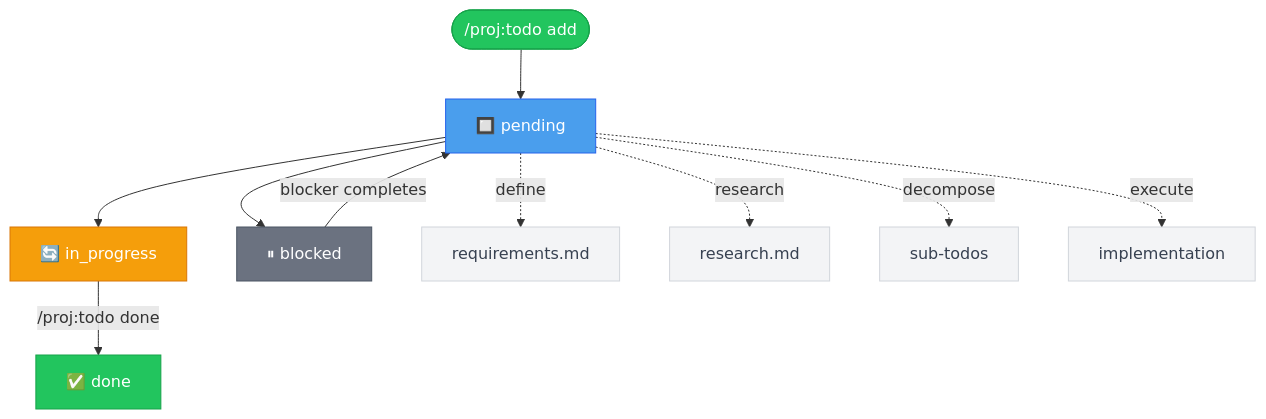
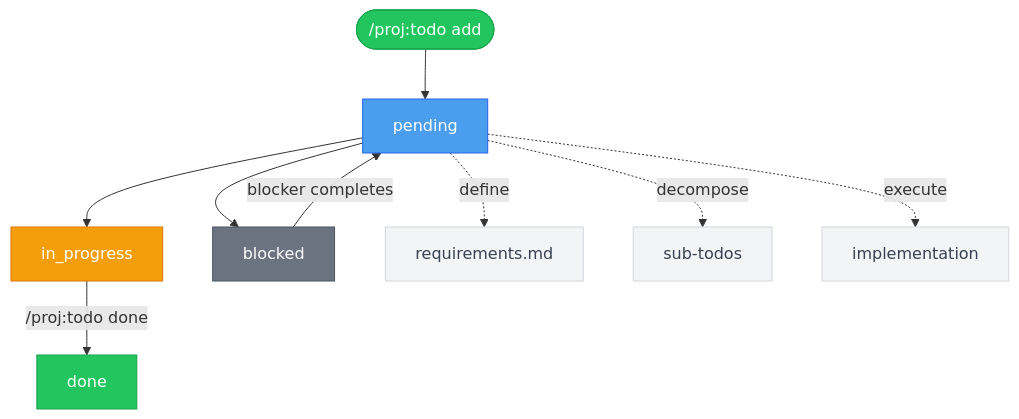
The second of 6 diagrams in README.md (raulfrk/claude-project-manager), drawn with Mermaid before and after one commit. The commit also changed other lines of this file and 17 other files, not shown here.

````diff
--- a/README.md
+++ b/README.md
@@ -638,23 +259,21 @@
 ```mermaid
 flowchart TD
-    ADD(["/proj:todo add"]) --> P["🔲 pending"]
-    P --> IP["🔄 in_progress"]
-    P --> BL["⏸ blocked"]
+    ADD(["/proj:todo add"]) --> P["pending"]
+    P --> IP["in_progress"]
+    P --> BL["blocked"]
     BL -->|"blocker completes"| P
-    IP -->|"/proj:todo done"| D["✅ done"]
+    IP -->|"/proj:todo done"| D["done"]
 
     P -.->|"define"| DEF["requirements.md"]
-    P -.->|"research"| RES["research.md"]
     P -.->|"decompose"| DEC["sub-todos"]
     P -.->|"execute"| EX["implementation"]
 
     style ADD fill:#22C55E,stroke:#16A34A,color:#fff
     style P fill:#4A9EED,stroke:#2563EB,color:#fff
     style IP fill:#f59e0b,stroke:#d97706,color:#fff
     style BL fill:#6B7280,stroke:#4B5563,color:#fff
     style D fill:#22C55E,stroke:#16A34A,color:#fff
     style DEF fill:#f3f4f6,stroke:#d1d5db,color:#374151
-    style RES fill:#f3f4f6,stroke:#d1d5db,color:#374151
     style DEC fill:#f3f4f6,stroke:#d1d5db,color:#374151
     style EX fill:#f3f4f6,stroke:#d1d5db,color:#374151
 ```
````
